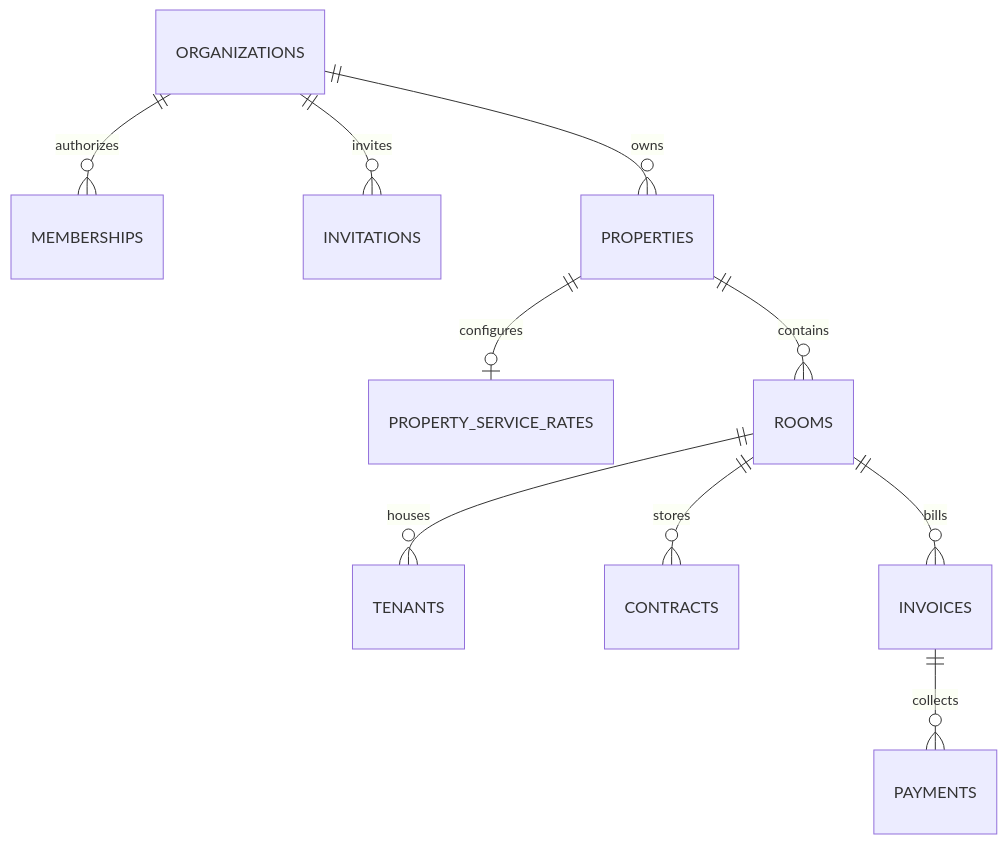
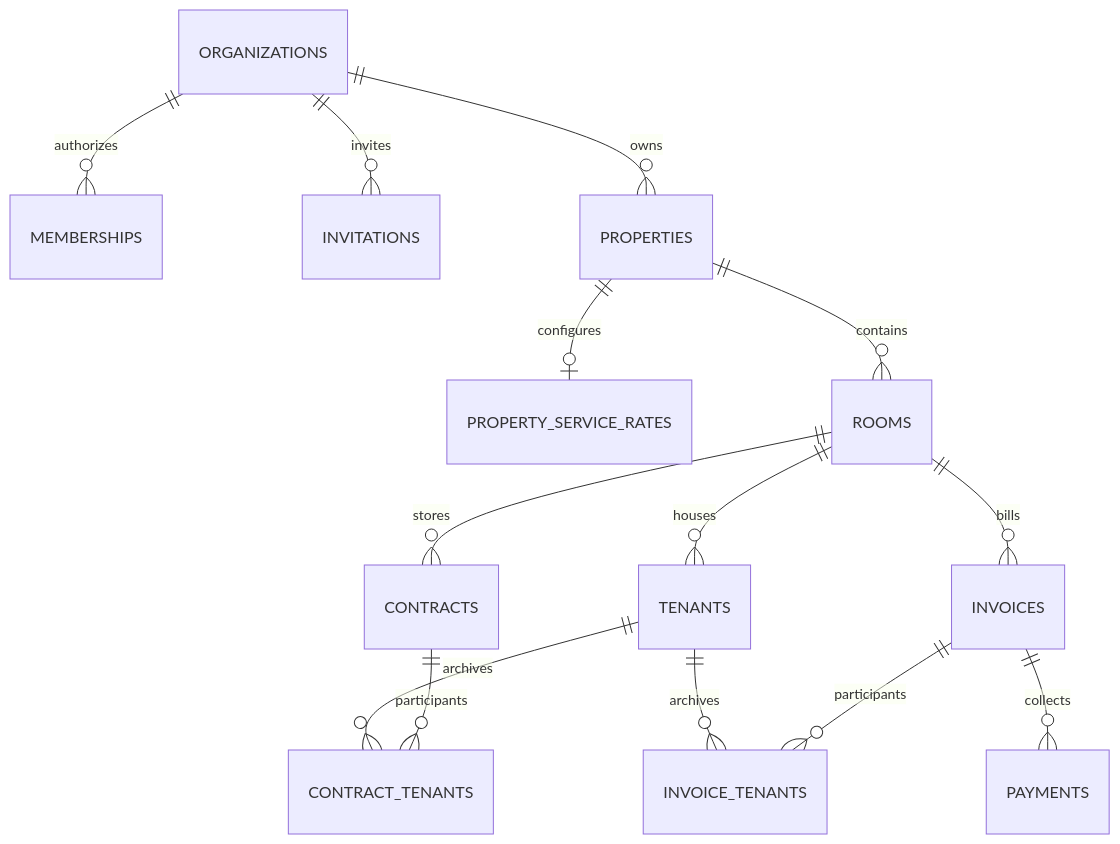
The diagram in docs/database.md (AzuraDev202/Rental-Room-Management), drawn with Mermaid before and after one commit. The commit also changed other lines of this file and 12 other files, not shown here.

Commit message:
Archive tenant contracts and invoices after move-out while preserving shared documents

````diff
--- a/docs/database.md
+++ b/docs/database.md
@@ -5,12 +5,16 @@
 ```mermaid
 erDiagram
   ORGANIZATIONS ||--o{ MEMBERSHIPS : authorizes
   ORGANIZATIONS ||--o{ INVITATIONS : invites
   ORGANIZATIONS ||--o{ PROPERTIES : owns
   PROPERTIES ||--o| PROPERTY_SERVICE_RATES : configures
   PROPERTIES ||--o{ ROOMS : contains
   ROOMS ||--o{ TENANTS : houses
   ROOMS ||--o{ CONTRACTS : stores
   ROOMS ||--o{ INVOICES : bills
   INVOICES ||--o{ PAYMENTS : collects
+  INVOICES ||--o{ INVOICE_TENANTS : participants
+  TENANTS ||--o{ INVOICE_TENANTS : archives
+  CONTRACTS ||--o{ CONTRACT_TENANTS : participants
+  TENANTS ||--o{ CONTRACT_TENANTS : archives
 ```
````
